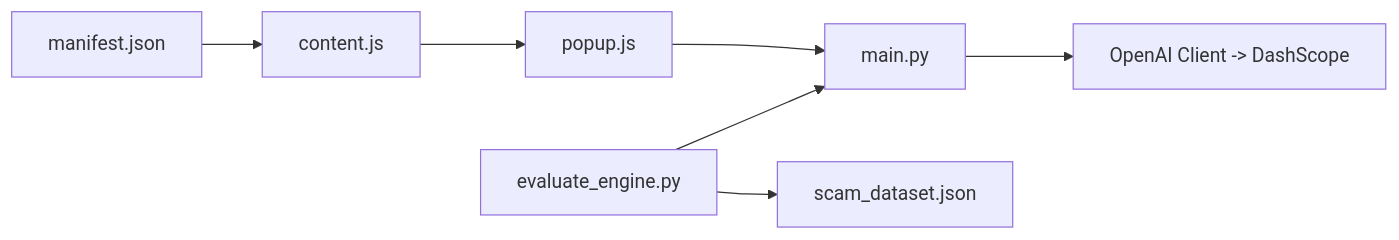
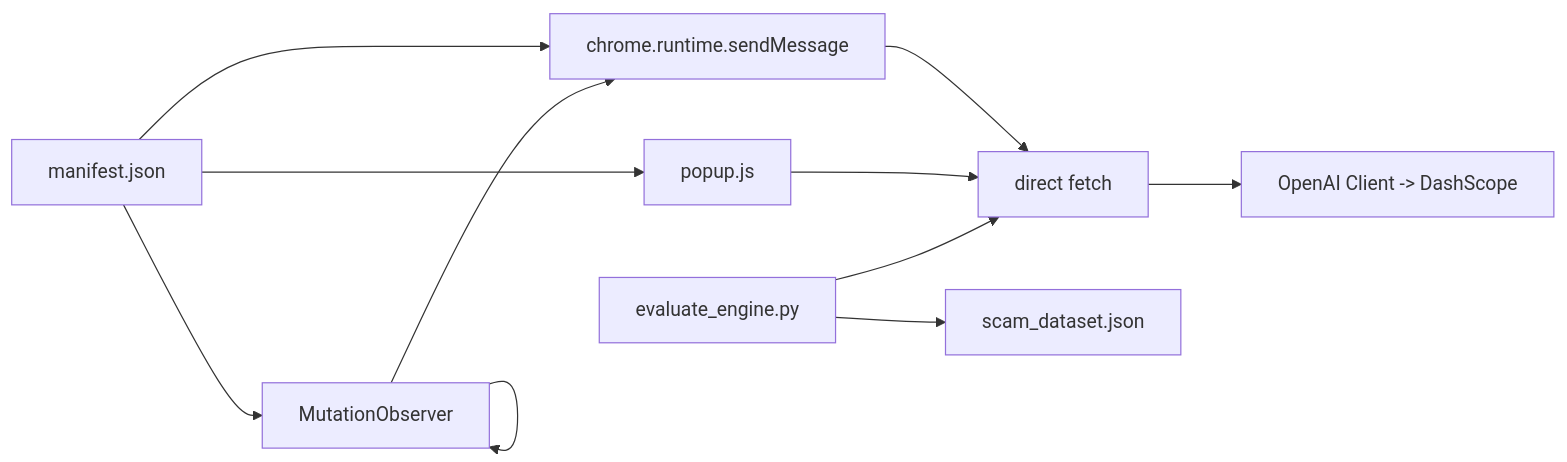
One commit to Aymanaahh/scrollguard-ai changed the ninth of 9 diagrams in .qoder/repowiki/en/content/Threat Detection Engine.md. Above: the diagram before and after it, drawn with Mermaid. The commit also changed other lines of this file and 38 other files, not shown here.

````diff
--- a/.qoder/repowiki/en/content/Threat Detection Engine.md
+++ b/.qoder/repowiki/en/content/Threat Detection Engine.md
@@ -263,9 +440,13 @@
 ```mermaid
 graph LR
-MAN["manifest.json"] --> CS["content.js"]
-CS --> POPJS["popup.js"]
-POPJS --> API["main.py"]
+MAN["manifest.json"] --> BSW["background.js"]
+MAN --> CS["content.js"]
+MAN --> POPJS["popup.js"]
+CS --> BSW["chrome.runtime.sendMessage"]
+CS --> CS["MutationObserver"]
+BSW --> API["main.py"]
+POPJS --> API["direct fetch"]
 API --> OPENAI["OpenAI Client -> DashScope"]
 EVAL["evaluate_engine.py"] --> API
 EVAL --> DATA["scam_dataset.json"]
 ```
````
